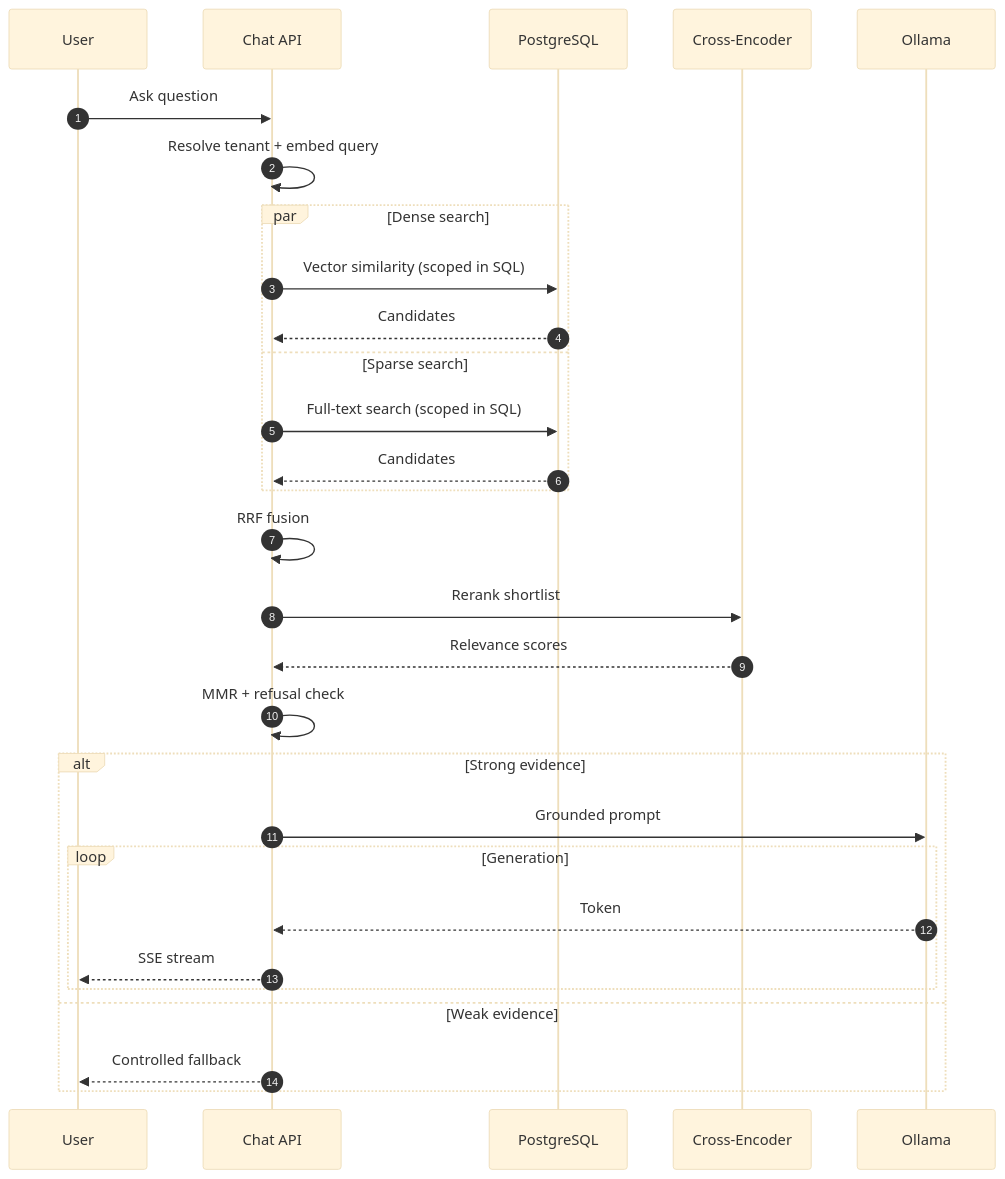
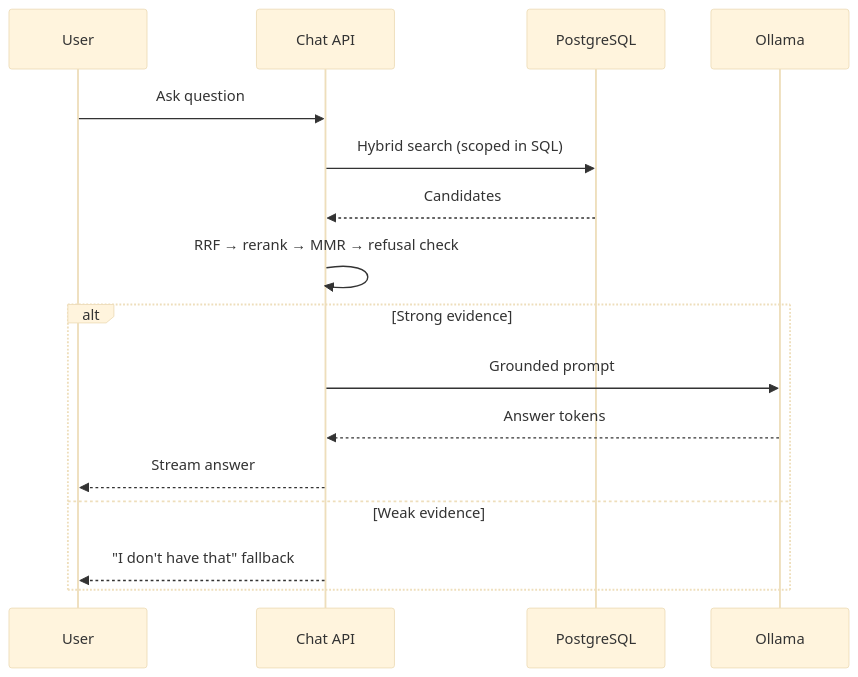
Before and after one commit to AnuragRoque/Enterprise-RAG-Platform: the third of 3 diagrams in README.md, drawn with Mermaid (base theme). The commit also changed other lines of this file and 3 other files, not shown here.

Commit message:
docs: finalize README, add architecture overview PDF & screenshots

````diff
--- a/README.md
+++ b/README.md
@@ -168,32 +150,19 @@
 ```mermaid
 sequenceDiagram
-    autonumber
     participant U as User
     participant API as Chat API
     participant DB as PostgreSQL
-    participant R as Cross-Encoder
     participant L as Ollama
 
     U->>API: Ask question
-    API->>API: Resolve tenant + embed query
-    par Dense search
-        API->>DB: Vector similarity (scoped in SQL)
-        DB-->>API: Candidates
-    and Sparse search
-        API->>DB: Full-text search (scoped in SQL)
-        DB-->>API: Candidates
-    end
-    API->>API: RRF fusion
-    API->>R: Rerank shortlist
-    R-->>API: Relevance scores
-    API->>API: MMR + refusal check
+    API->>DB: Hybrid search (scoped in SQL)
+    DB-->>API: Candidates
+    API->>API: RRF → rerank → MMR → refusal check
     alt Strong evidence
         API->>L: Grounded prompt
-        loop Generation
-            L-->>API: Token
-            API-->>U: SSE stream
-        end
+        L-->>API: Answer tokens
+        API-->>U: Stream answer
     else Weak evidence
-        API-->>U: Controlled fallback
+        API-->>U: "I don't have that" fallback
     end
 ```
````
